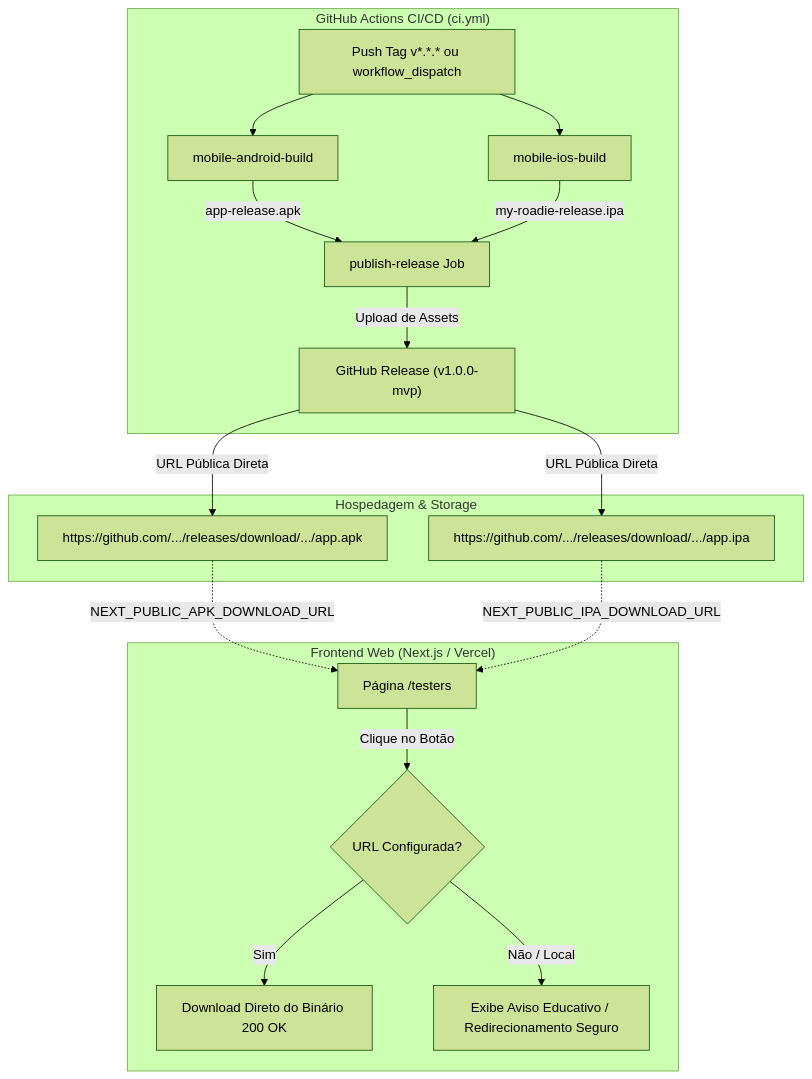
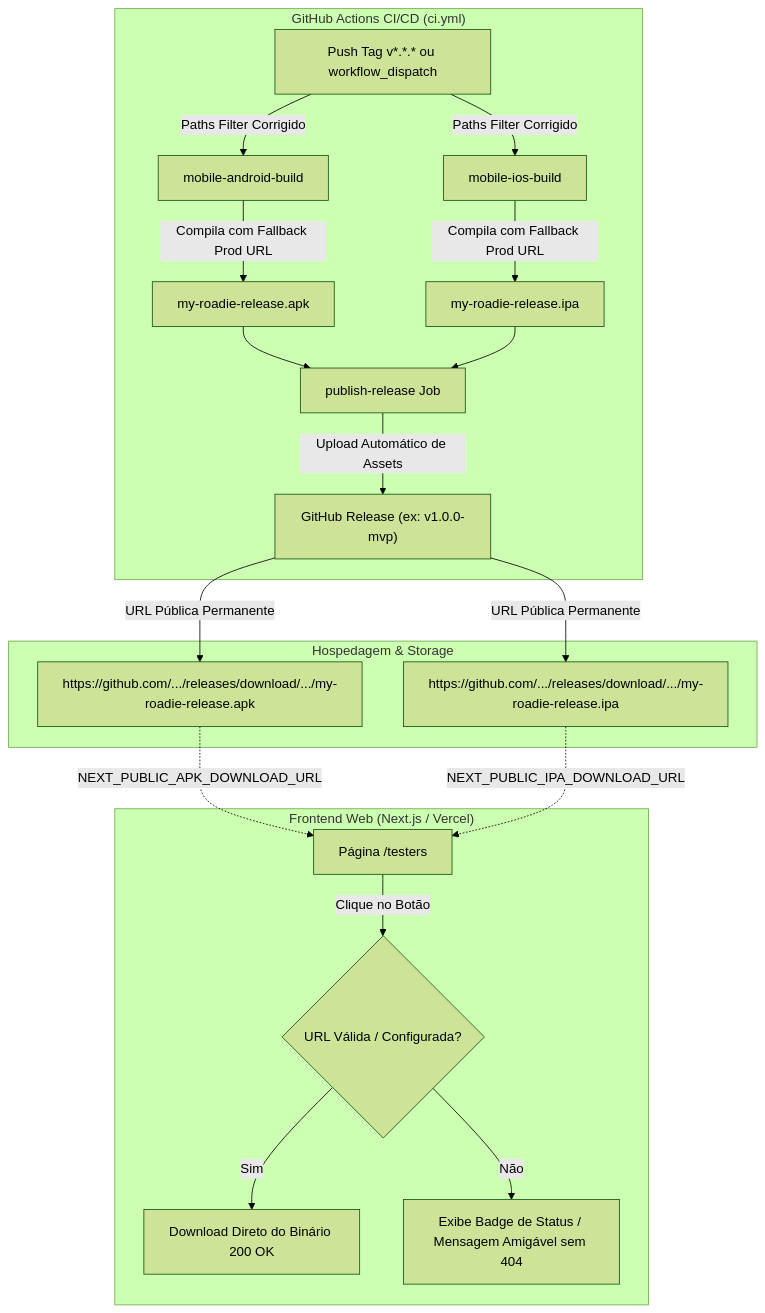
One commit to LucasDavid80/my-roadie-platform changed the diagram in specs/018-distribuicao-executaveis-mvp/plan.md. Above: the diagram before and after it, drawn with Mermaid (forest theme). The commit also changed other lines of this file and 2 other files, not shown here.

````diff
--- a/specs/018-distribuicao-executaveis-mvp/plan.md
+++ b/specs/018-distribuicao-executaveis-mvp/plan.md
@@ -5,23 +5,25 @@
 ```mermaid
 flowchart TD
     subgraph CI_CD["GitHub Actions CI/CD (ci.yml)"]
-        A[Push Tag v*.*.* ou workflow_dispatch] --> B[mobile-android-build]
-        A --> C[mobile-ios-build]
-        B -->|app-release.apk| D[publish-release Job]
-        C -->|my-roadie-release.ipa| D
-        D -->|Upload de Assets| E["GitHub Release (v1.0.0-mvp)"]
+        A[Push Tag v*.*.* ou workflow_dispatch] -->|Paths Filter Corrigido| B[mobile-android-build]
+        A -->|Paths Filter Corrigido| C[mobile-ios-build]
+        B -->|Compila com Fallback Prod URL| D["my-roadie-release.apk"]
+        C -->|Compila com Fallback Prod URL| E["my-roadie-release.ipa"]
+        D --> F[publish-release Job]
+        E --> F
+        F -->|Upload Automático de Assets| G["GitHub Release (ex: v1.0.0-mvp)"]
     end
 
     subgraph Hosting["Hospedagem & Storage"]
-        E -->|URL Pública Direta| F["https://github.com/.../releases/download/.../app.apk"]
-        E -->|URL Pública Direta| G["https://github.com/.../releases/download/.../app.ipa"]
+        G -->|URL Pública Permanente| H["https://github.com/.../releases/download/.../my-roadie-release.apk"]
+        G -->|URL Pública Permanente| I["https://github.com/.../releases/download/.../my-roadie-release.ipa"]
     end
 
     subgraph Frontend["Frontend Web (Next.js / Vercel)"]
-        F -.->|NEXT_PUBLIC_APK_DOWNLOAD_URL| H["Página /testers"]
-        G -.->|NEXT_PUBLIC_IPA_DOWNLOAD_URL| H
-        H -->|Clique no Botão| I{URL Configurada?}
-        I -->|Sim| J[Download Direto do Binário 200 OK]
-        I -->|Não / Local| K[Exibe Aviso Educativo / Redirecionamento Seguro]
+        H -.->|NEXT_PUBLIC_APK_DOWNLOAD_URL| J["Página /testers"]
+        I -.->|NEXT_PUBLIC_IPA_DOWNLOAD_URL| J
+        J -->|Clique no Botão| K{URL Válida / Configurada?}
+        K -->|Sim| L[Download Direto do Binário 200 OK]
+        K -->|Não| M[Exibe Badge de Status / Mensagem Amigável sem 404]
     end
 ```
````
